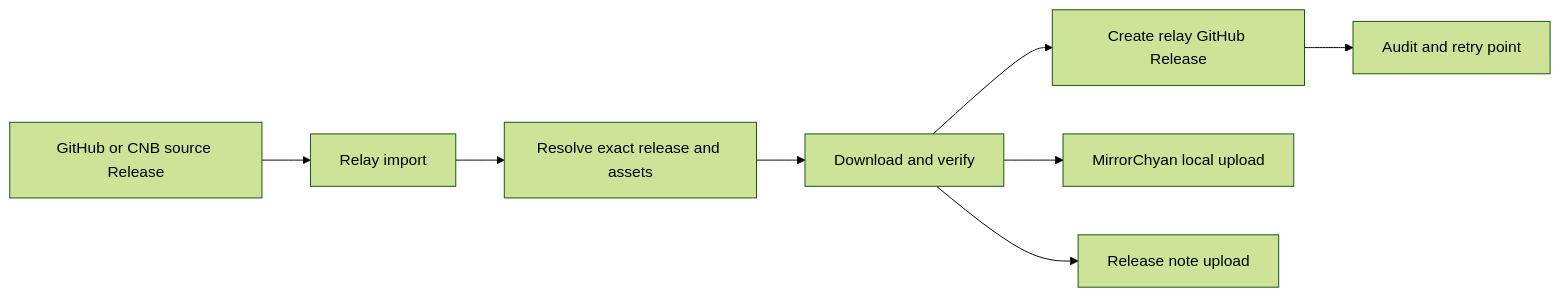
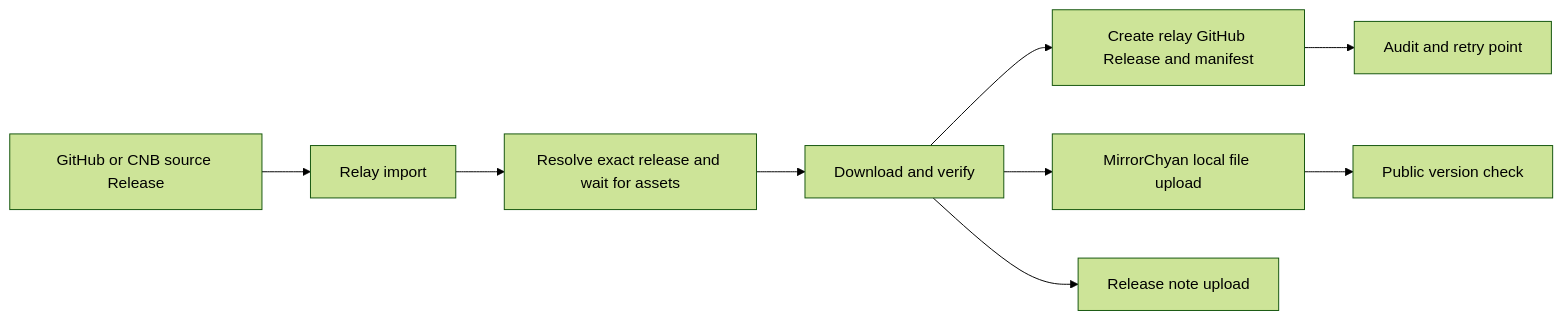
Before and after one commit to AlkaidLab/alkaidlab-release-relay: the diagram in docs/relay-architecture.md, drawn with Mermaid (forest theme). The commit also changed other lines of this file and 8 other files, not shown here.

First line of the commit message:
feat: import releases and publish them to MirrorChyan

````diff
--- a/docs/relay-architecture.md
+++ b/docs/relay-architecture.md
@@ -21,10 +21,11 @@
 ```mermaid
 flowchart LR
     A[GitHub or CNB source Release] --> B[Relay import]
-    B --> C[Resolve exact release and assets]
+    B --> C[Resolve exact release and wait for assets]
     C --> D[Download and verify]
-    D --> E[Create relay GitHub Release]
-    D --> F[MirrorChyan local upload]
-    D --> G[Release note upload]
-    E --> H[Audit and retry point]
+    D --> E[Create relay GitHub Release and manifest]
+    D --> F[MirrorChyan local file upload]
+    F --> G[Public version check]
+    D --> H[Release note upload]
+    E --> I[Audit and retry point]
 ```
````
